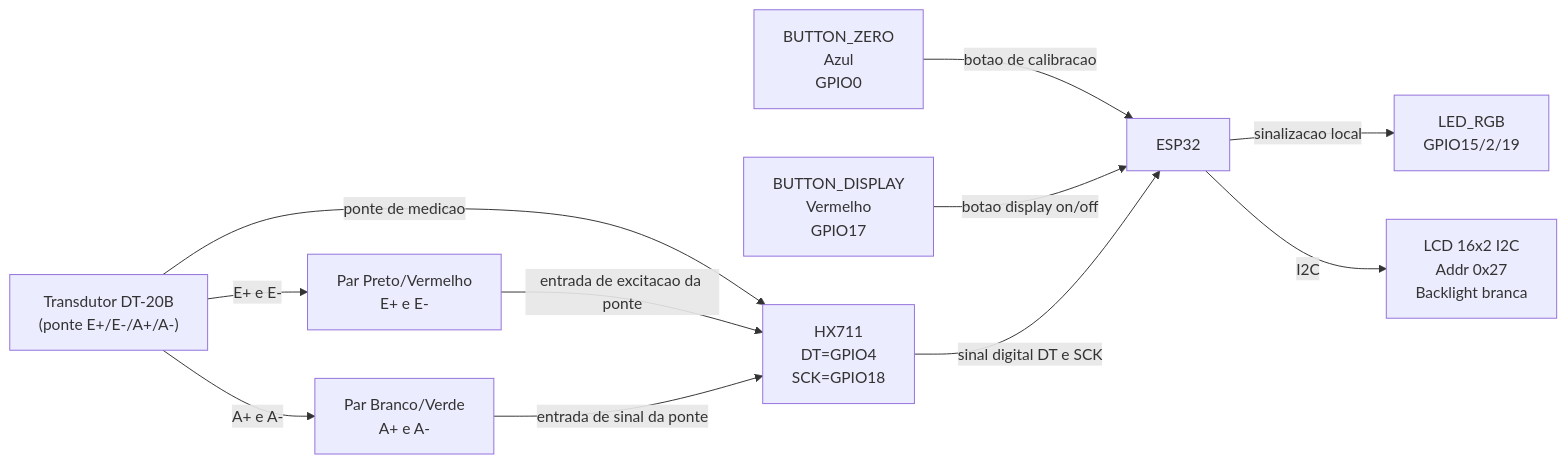
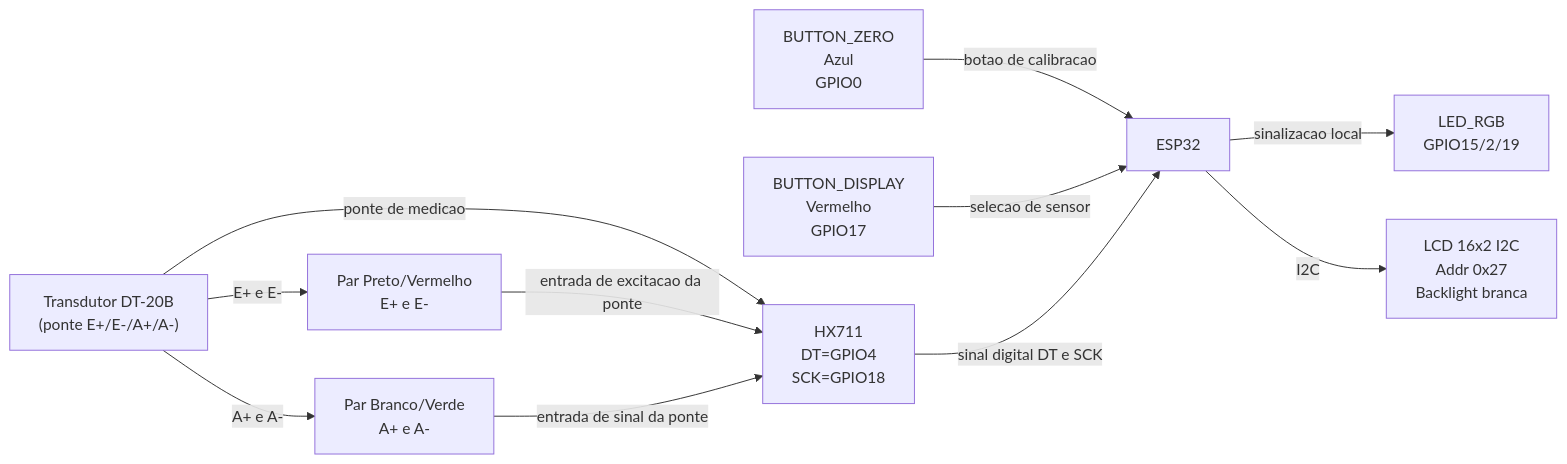
Before and after one commit to Gabriel-Goes/2023M4T9Inteli-grupo5: the diagram in src/prototipo/s5/README_DT20B.md, drawn with Mermaid. The commit also changed other lines of this file and 1 other file, not shown here.

Commit message:
docs(s5): document multi-sensor button workflow and roadmap item

````diff
--- a/src/prototipo/s5/README_DT20B.md
+++ b/src/prototipo/s5/README_DT20B.md
@@ -29,23 +29,23 @@
 ```mermaid
 flowchart LR
     BTN_ZERO["BUTTON_ZERO<br/>Azul<br/>GPIO0"]
     BTN_DISP["BUTTON_DISPLAY<br/>Vermelho<br/>GPIO17"]
     ESP32["ESP32"]
     LED["LED_RGB<br/>GPIO15/2/19"]
     LCD["LCD 16x2 I2C<br/>Addr 0x27<br/>Backlight branca"]
     HX["HX711<br/>DT=GPIO4<br/>SCK=GPIO18"]
     DT20B["Transdutor DT-20B<br/>(ponte E+/E-/A+/A-)"]
     EPAIR["Par Preto/Vermelho<br/>E+ e E-"]
     APAIR["Par Branco/Verde<br/>A+ e A-"]
 
     BTN_ZERO -->|botao de calibracao| ESP32
-    BTN_DISP -->|botao display on/off| ESP32
+    BTN_DISP -->|selecao de sensor| ESP32
     ESP32 -->|sinalizacao local| LED
     ESP32 -->|I2C| LCD
     DT20B -->|ponte de medicao| HX
     DT20B -->|E+ e E-| EPAIR
     EPAIR -->|entrada de excitacao da ponte| HX
     DT20B -->|A+ e A-| APAIR
     APAIR -->|entrada de sinal da ponte| HX
     HX -->|sinal digital DT e SCK| ESP32
 ```
````
